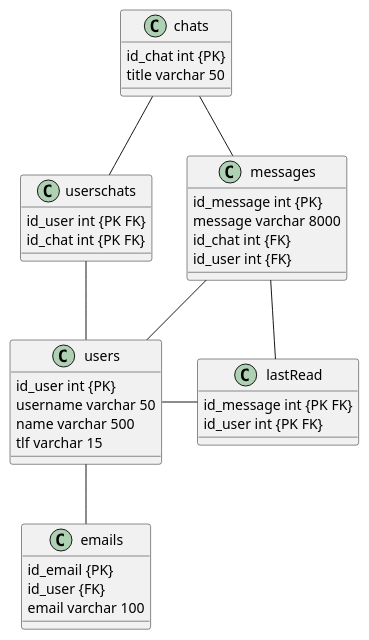
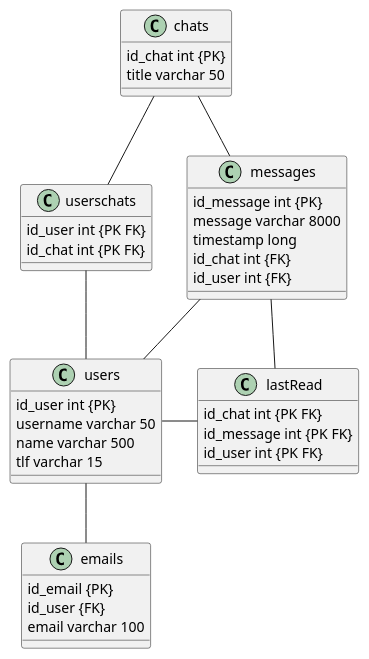
Before and after one commit to freebattie/pg209exam-freebattie: the diagram in documents/db_ER-model.puml, drawn with PlantUML. The commit also changed 12 other files, not shown here.

```diff
--- a/documents/db_ER-model.puml
+++ b/documents/db_ER-model.puml
@@ -1,51 +1,53 @@
 @startuml
 'https://plantuml.com/class-diagram
 
 chats -- userschats
 chats -- messages
 
 userschats -- users
 
 messages -- users
 messages -- lastRead
 
 users - lastRead
 users -- emails
 
 class chats{
     id_chat int {PK}
     title varchar 50
 }
 
 class userschats{
     id_user int {PK FK}
     id_chat int {PK FK}
 }
 
 class messages {
     id_message int {PK}
     message varchar 8000
+    timestamp long
     id_chat int {FK}
     id_user int {FK}
 
 }
 
 class lastRead{
+    id_chat int {PK FK}
     id_message int {PK FK}
     id_user int {PK FK}
 }
 
 class users {
     id_user int {PK}
     username varchar 50
     name varchar 500
     tlf varchar 15
 }
 
 class emails {
     id_email {PK}
     id_user {FK}
     email varchar 100
 }
 
 @enduml
```
